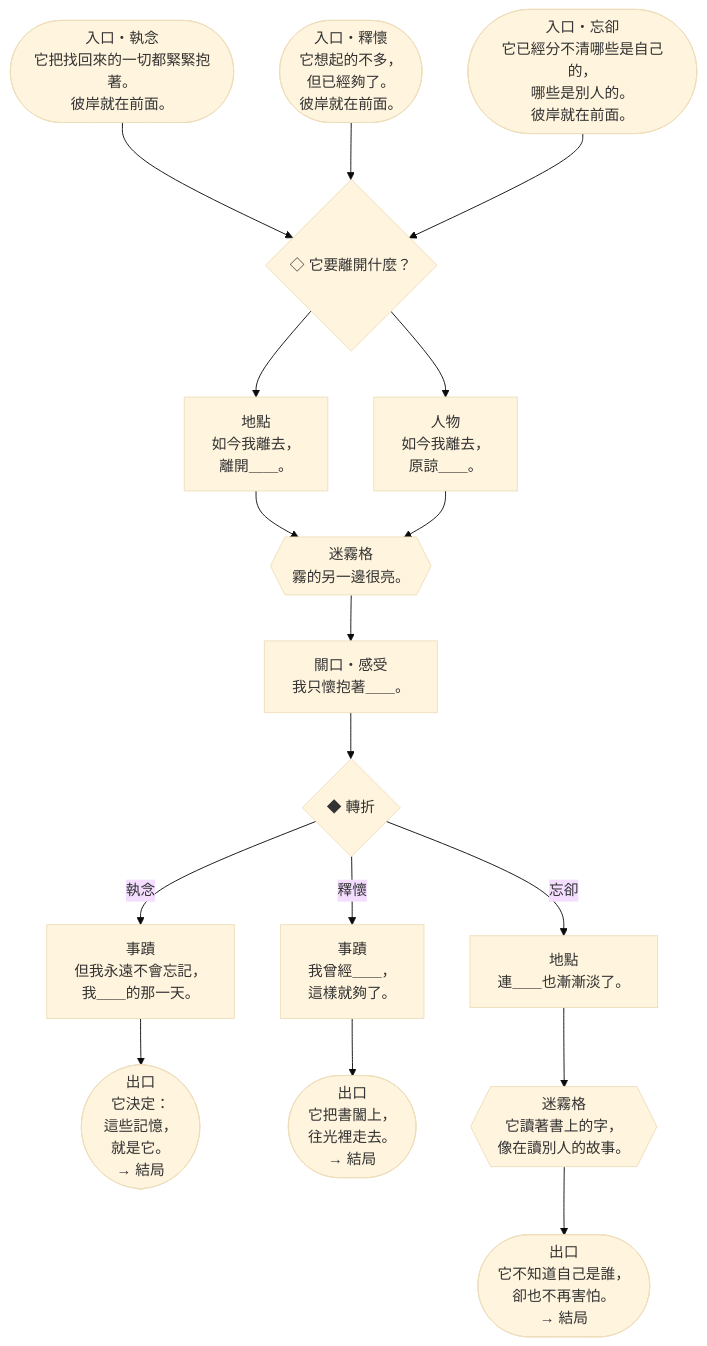
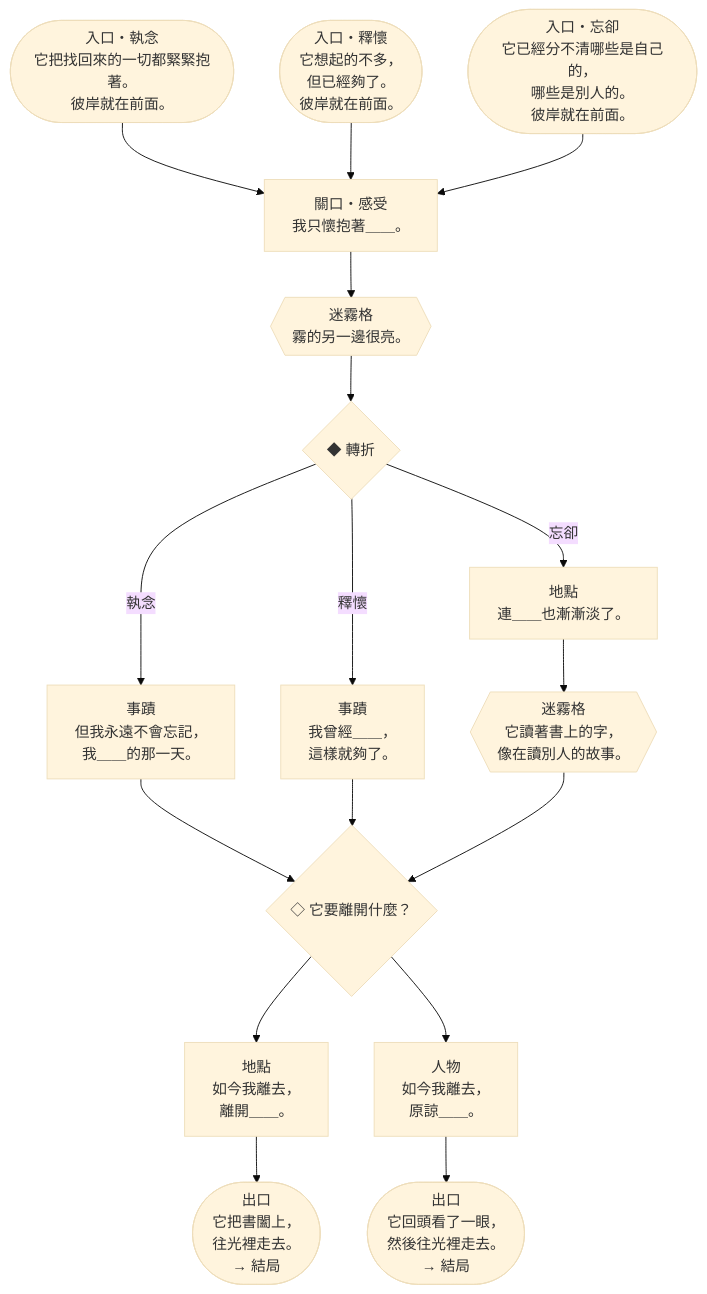
One commit to Ralph-Liu-Hub/Boardgame-Netherbloom changed diagram 15 of 15 in docs/design/V5-storybooks.zh-TW.md. Above: the diagram before and after it, drawn with Mermaid (base theme). The commit also changed other lines of this file and 5 other files, not shown here.

````diff
--- a/docs/design/V5-storybooks.zh-TW.md
+++ b/docs/design/V5-storybooks.zh-TW.md
@@ -1230,32 +1226,31 @@
 ```mermaid
 flowchart TD
-  c2E0(["入口・執念<br>它把找回來的一切都緊緊抱著。<br>彼岸就在前面。"]) --> c2p1
-  c2E1(["入口・釋懷<br>它想起的不多，<br>但已經夠了。<br>彼岸就在前面。"]) --> c2p1
-  c2E2(["入口・忘卻<br>它已經分不清哪些是自己的，<br>哪些是別人的。<br>彼岸就在前面。"]) --> c2p1
-  c2p1{"◇ 它要離開什麼？"}
-  c2p1 --> c2a1
-  c2p1 --> c2a2
-  c2a1["地點<br>如今我離去，<br>離開＿＿。"]
-  c2a1 --> c2x1
-  c2a2["人物<br>如今我離去，<br>原諒＿＿。"]
-  c2a2 --> c2x1
+  c2E0(["入口・執念<br>它把找回來的一切都緊緊抱著。<br>彼岸就在前面。"]) --> c2a
+  c2E1(["入口・釋懷<br>它想起的不多，<br>但已經夠了。<br>彼岸就在前面。"]) --> c2a
+  c2E2(["入口・忘卻<br>它已經分不清哪些是自己的，<br>哪些是別人的。<br>彼岸就在前面。"]) --> c2a
+  c2a["關口・感受<br>我只懷抱著＿＿。"]
+  c2a --> c2x1
   c2x1{{"迷霧格<br>霧的另一邊很亮。"}}
-  c2x1 --> c2b
-  c2b["關口・感受<br>我只懷抱著＿＿。"]
-  c2b --> c2f
+  c2x1 --> c2f
   c2f{"◆ 轉折"}
   c2f -- 執念 --> c2c1
   c2f -- 釋懷 --> c2c2
   c2f -- 忘卻 --> c2c3
   c2c1["事蹟<br>但我永遠不會忘記，<br>我＿＿的那一天。"]
-  c2c1 --> c2o1
+  c2c1 --> c2p1
   c2c2["事蹟<br>我曾經＿＿，<br>這樣就夠了。"]
-  c2c2 --> c2o2
+  c2c2 --> c2p1
   c2c3["地點<br>連＿＿也漸漸淡了。"]
   c2c3 --> c2x2
   c2x2{{"迷霧格<br>它讀著書上的字，<br>像在讀別人的故事。"}}
-  c2x2 --> c2o3
-  c2o1(["出口<br>它決定：<br>這些記憶，<br>就是它。<br>→ 結局"])
-  c2o2(["出口<br>它把書闔上，<br>往光裡走去。<br>→ 結局"])
-  c2o3(["出口<br>它不知道自己是誰，<br>卻也不再害怕。<br>→ 結局"])
+  c2x2 --> c2p1
+  c2p1{"◇ 它要離開什麼？"}
+  c2p1 --> c2d1
+  c2p1 --> c2d2
+  c2d1["地點<br>如今我離去，<br>離開＿＿。"]
+  c2d1 --> c2o1
+  c2d2["人物<br>如今我離去，<br>原諒＿＿。"]
+  c2d2 --> c2o2
+  c2o1(["出口<br>它把書闔上，<br>往光裡走去。<br>→ 結局"])
+  c2o2(["出口<br>它回頭看了一眼，<br>然後往光裡走去。<br>→ 結局"])
 ```
````
